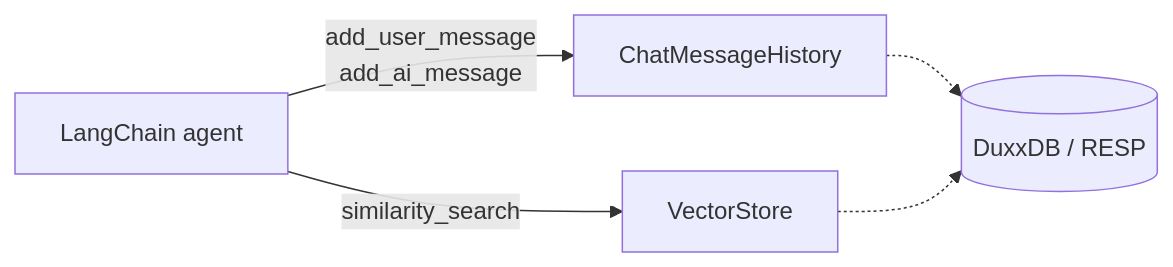
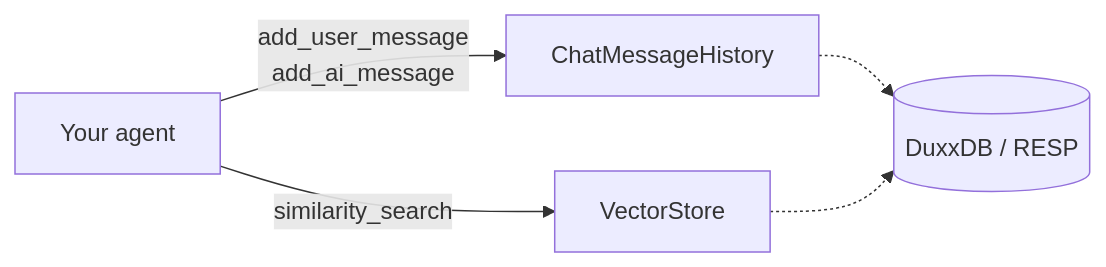
Before and after one commit to bankyresearch/duxxdb: the third of 11 diagrams in docs/INTEGRATION_GUIDE.md, drawn with Mermaid. The commit also changed other lines of this file and 7 other files, not shown here.

````diff
--- a/docs/INTEGRATION_GUIDE.md
+++ b/docs/INTEGRATION_GUIDE.md
@@ -231,7 +234,7 @@
 ```mermaid
 flowchart LR
-    A[LangChain agent] -->|"add_user_message<br/>add_ai_message"| H[ChatMessageHistory]
+    A[Your agent] -->|"add_user_message<br/>add_ai_message"| H[ChatMessageHistory]
     A -->|"similarity_search"| V[VectorStore]
     H -.-> R[(DuxxDB / RESP)]
     V -.-> R
 ```
````
